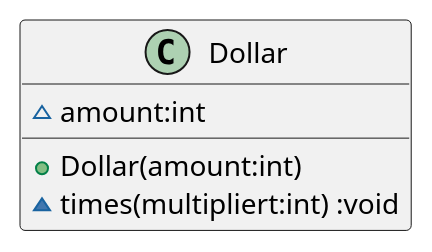
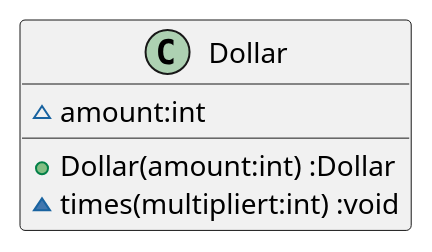
One commit to k2works/etude_for_java changed the diagram in docs/src/TDD.md. Above: the diagram before and after it, drawn with PlantUML. The commit also changed 3 other files, not shown here.

````diff
--- a/docs/src/TDD.md
+++ b/docs/src/TDD.md
@@ -51,7 +51,7 @@
 ```puml
 class Dollar {
   ~amount:int
-  +Dollar(amount:int)
+  +Dollar(amount:int) :Dollar
   ~times(multipliert:int) :void
 }
 ```
````
